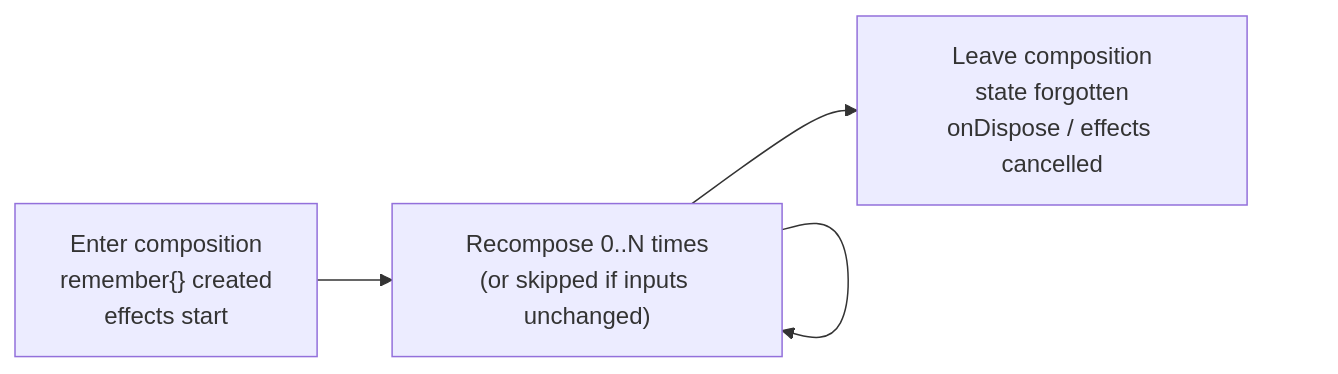
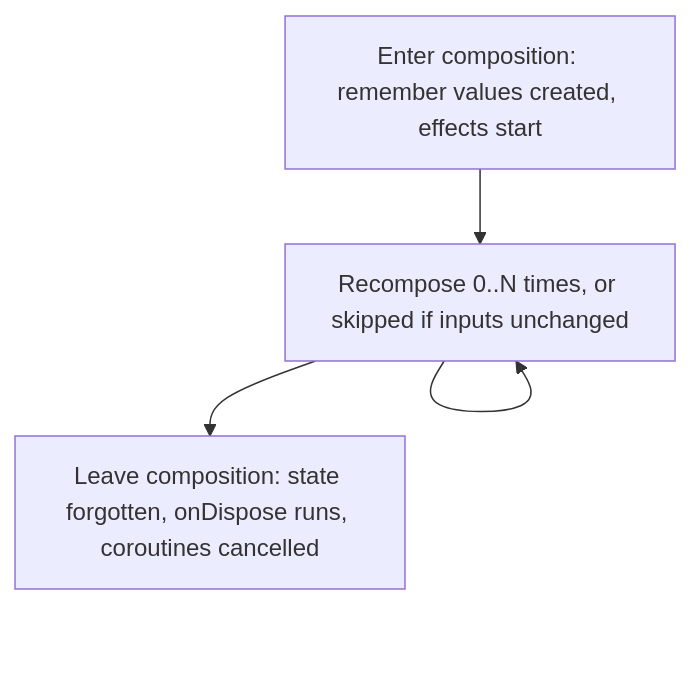
The eighth of 8 diagrams in topics/11-jetpack-compose.md (AkshayAshokCode/Android-Interview-Questions-cheat-sheet), drawn with Mermaid before and after one commit. The commit also changed other lines of this file and 4 other files, not shown here.

````diff
--- a/topics/11-jetpack-compose.md
+++ b/topics/11-jetpack-compose.md
@@ -600,6 +2157,6 @@
 ```mermaid
-flowchart LR
-    E["Enter composition<br/>remember{} created<br/>effects start"] --> R["Recompose 0..N times<br/>(or skipped if inputs unchanged)"]
+flowchart TD
+    E["Enter composition: remember values created, effects start"] --> R["Recompose 0..N times, or skipped if inputs unchanged"]
     R --> R
-    R --> X["Leave composition<br/>state forgotten<br/>onDispose / effects cancelled"]
+    R --> X["Leave composition: state forgotten, onDispose runs, coroutines cancelled"]
 ```
````
